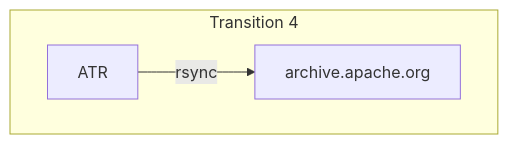
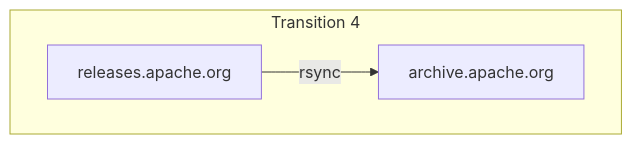
Before and after one commit to jbampton/tooling-docs: the sixth of 6 diagrams in apache-trusted-release/svn-dist.md, drawn with Mermaid. The commit also changed other lines of this file, not shown here.

First line of the commit message:
Revise svn-dist.md for ATR integration updates

````diff
--- a/apache-trusted-release/svn-dist.md
+++ b/apache-trusted-release/svn-dist.md
@@ -101,8 +125,8 @@
 ```mermaid
 flowchart TD
     subgraph Transition 4
-    ATR[ATR]
+    ATR[releases.apache.org]
     D[archive.apache.org]
     ATR -->|rsync| D
     end
 ```
````
